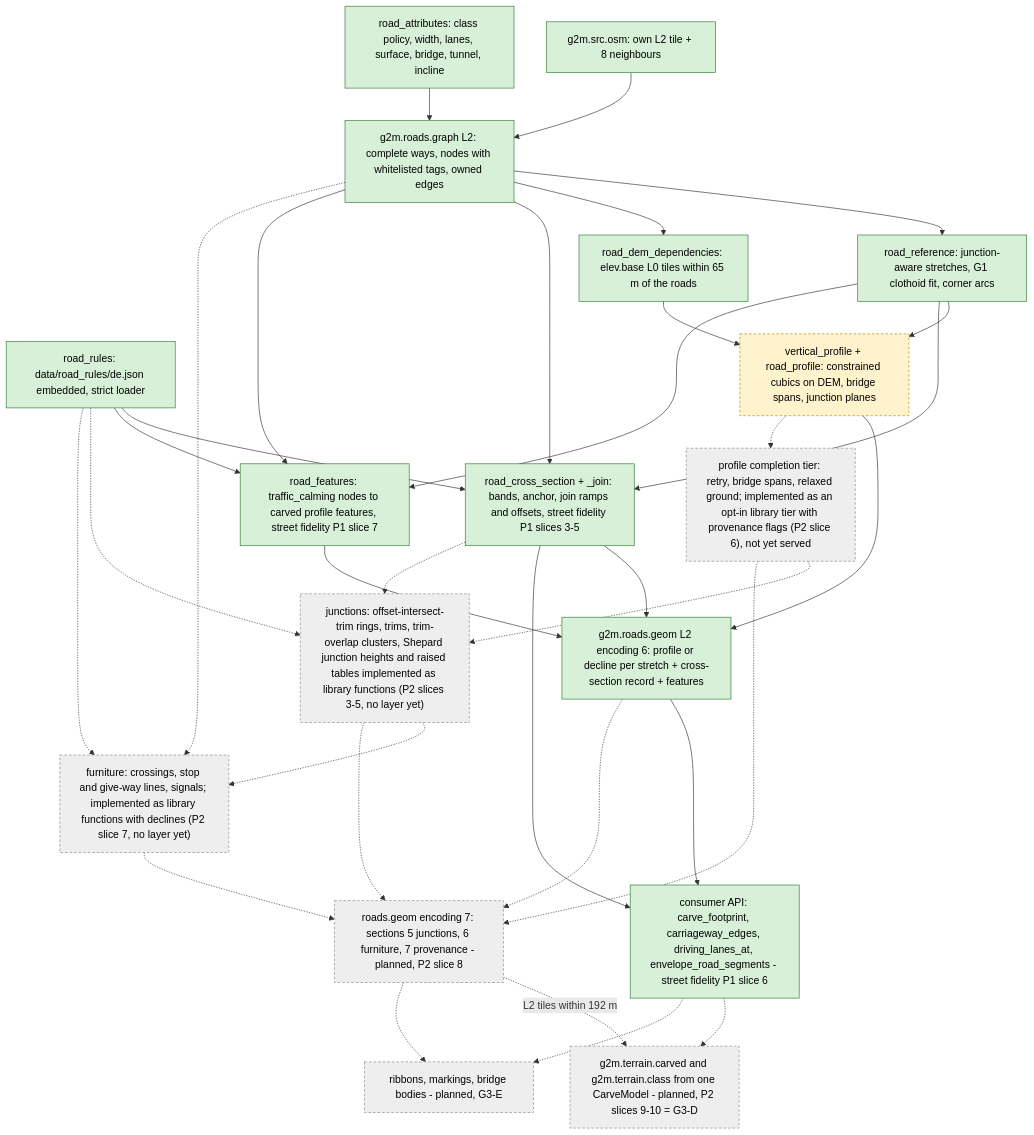
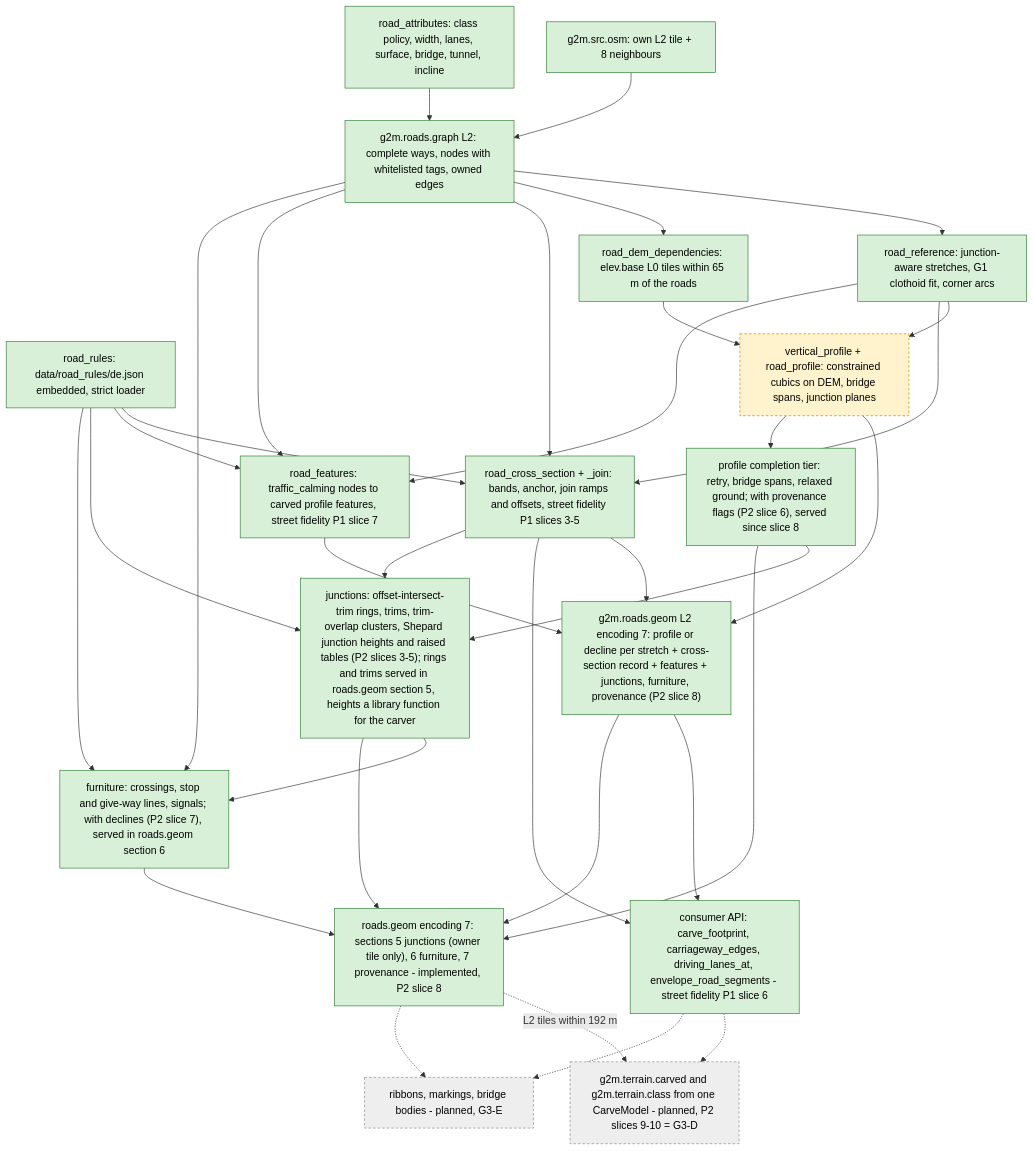
One commit to SebastianDanielFrenz/geo2map_engine changed the diagram in docs/pipeline/roads.md. Above: the diagram before and after it, drawn with Mermaid. The commit also changed other lines of this file and 33 other files, not shown here.

````diff
--- a/docs/pipeline/roads.md
+++ b/docs/pipeline/roads.md
@@ -7,56 +7,56 @@
 ```mermaid
 flowchart TD
   OSM9["g2m.src.osm: own L2 tile + 8 neighbours"]
   ATTR["road_attributes: class policy, width, lanes, surface, bridge, tunnel, incline"]
   GRAPH["g2m.roads.graph L2: complete ways, nodes with whitelisted tags, owned edges"]
   RULES["road_rules: data/road_rules/de.json embedded, strict loader"]
   XS["road_cross_section + _join: bands, anchor, join ramps and offsets, street fidelity P1 slices 3-5"]
   API["consumer API: carve_footprint, carriageway_edges, driving_lanes_at, envelope_road_segments - street fidelity P1 slice 6"]
   REF["road_reference: junction-aware stretches, G1 clothoid fit, corner arcs"]
   DEMDEP["road_dem_dependencies: elev.base L0 tiles within 65 m of the roads"]
   PROF["vertical_profile + road_profile: constrained cubics on DEM, bridge spans, junction planes"]
   FEAT["road_features: traffic_calming nodes to carved profile features, street fidelity P1 slice 7"]
-  GEOM["g2m.roads.geom L2 encoding 6: profile or decline per stretch + cross-section record + features"]
-  COMPL["profile completion tier: retry, bridge spans, relaxed ground; implemented as an opt-in library tier with provenance flags (P2 slice 6), not yet served"]
-  JUNC["junctions: offset-intersect-trim rings, trims, trim-overlap clusters, Shepard junction heights and raised tables implemented as library functions (P2 slices 3-5, no layer yet)"]
-  FURN["furniture: crossings, stop and give-way lines, signals; implemented as library functions with declines (P2 slice 7, no layer yet)"]
-  GEOM7["roads.geom encoding 7: sections 5 junctions, 6 furniture, 7 provenance - planned, P2 slice 8"]
+  GEOM["g2m.roads.geom L2 encoding 7: profile or decline per stretch + cross-section record + features + junctions, furniture, provenance (P2 slice 8)"]
+  COMPL["profile completion tier: retry, bridge spans, relaxed ground; with provenance flags (P2 slice 6), served since slice 8"]
+  JUNC["junctions: offset-intersect-trim rings, trims, trim-overlap clusters, Shepard junction heights and raised tables (P2 slices 3-5); rings and trims served in roads.geom section 5, heights a library function for the carver"]
+  FURN["furniture: crossings, stop and give-way lines, signals; with declines (P2 slice 7), served in roads.geom section 6"]
+  GEOM7["roads.geom encoding 7: sections 5 junctions (owner tile only), 6 furniture, 7 provenance - implemented, P2 slice 8"]
   CARVE["g2m.terrain.carved and g2m.terrain.class from one CarveModel - planned, P2 slices 9-10 = G3-D"]
   RIB["ribbons, markings, bridge bodies - planned, G3-E"]
   OSM9 --> GRAPH
   ATTR --> GRAPH
   GRAPH --> REF --> PROF
   GRAPH --> DEMDEP --> PROF
   RULES --> XS
   GRAPH --> XS
   REF --> XS
   XS --> GEOM
   GRAPH --> FEAT
   REF --> FEAT
   RULES --> FEAT
   FEAT --> GEOM
   PROF --> GEOM
   XS --> API
   GEOM --> API
-  PROF -.-> COMPL
-  COMPL -.-> JUNC
-  XS -.-> JUNC
-  RULES -.-> JUNC
-  JUNC -.-> FURN
-  GRAPH -.-> FURN
-  RULES -.-> FURN
-  COMPL -.-> GEOM7
-  JUNC -.-> GEOM7
-  FURN -.-> GEOM7
-  GEOM -.-> GEOM7
+  PROF --> COMPL
+  COMPL --> JUNC
+  XS --> JUNC
+  RULES --> JUNC
+  JUNC --> FURN
+  GRAPH --> FURN
+  RULES --> FURN
+  COMPL --> GEOM7
+  JUNC --> GEOM7
+  FURN --> GEOM7
+  GEOM --> GEOM7
   GEOM7 -.->|"L2 tiles within 192 m"| CARVE
   API -.-> CARVE
   API -.-> RIB
   GEOM7 -.-> RIB
   classDef done fill:#d8f0d8,stroke:#2e7d32,color:#000;
   classDef part fill:#fff3cd,stroke:#b58900,stroke-dasharray:4 3,color:#000;
   classDef plan fill:#eeeeee,stroke:#888888,stroke-dasharray:4 3,color:#000;
-  class OSM9,ATTR,GRAPH,REF,DEMDEP,GEOM,RULES,XS,API,FEAT done;
+  class OSM9,ATTR,GRAPH,REF,DEMDEP,GEOM,RULES,XS,API,FEAT,COMPL,JUNC,FURN,GEOM7 done;
   class PROF part;
-  class COMPL,JUNC,FURN,GEOM7,CARVE,RIB plan;
+  class CARVE,RIB plan;
 ```
````
